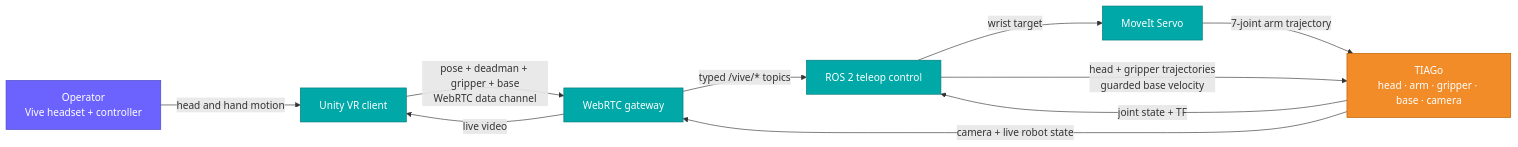
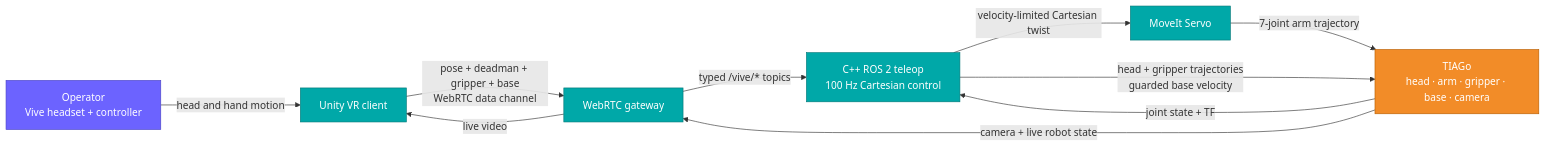
Before and after one commit to ichores-research/vive_teleop: the first of 2 diagrams in README.md, drawn with Mermaid. The commit also changed other lines of this file and 59 other files, not shown here.

````diff
--- a/README.md
+++ b/README.md
@@ -62,26 +62,26 @@
 ```mermaid
 flowchart LR
     O["Operator<br/>Vive headset + controller"]
     U["Unity VR client"]
     W["WebRTC gateway"]
-    T["ROS 2 teleop control"]
+    T["C++ ROS 2 teleop<br/>100 Hz Cartesian control"]
     S["MoveIt Servo"]
     R["TIAGo<br/>head · arm · gripper · base · camera"]
 
     O -->|head and hand motion| U
     U -->|pose + deadman + gripper + base<br/>WebRTC data channel| W
     W -->|typed /vive/* topics| T
-    T -->|wrist target| S
+    T -->|velocity-limited Cartesian twist| S
     T -->|head + gripper trajectories<br/>guarded base velocity| R
     S -->|7-joint arm trajectory| R
     R -->|camera + live robot state| W
     R -->|joint state + TF| T
     W -->|live video| U
 
     classDef human fill:#6C63FF,color:#fff,stroke:#4B44C4
     classDef client fill:#00A8A8,color:#fff,stroke:#007878
     classDef robot fill:#F28C28,color:#fff,stroke:#B85E00
     class O human
     class U,W,T,S client
     class R robot
 ```
````
